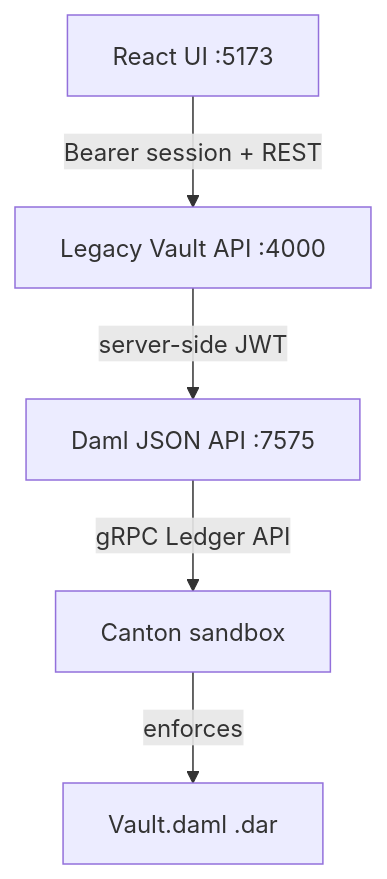
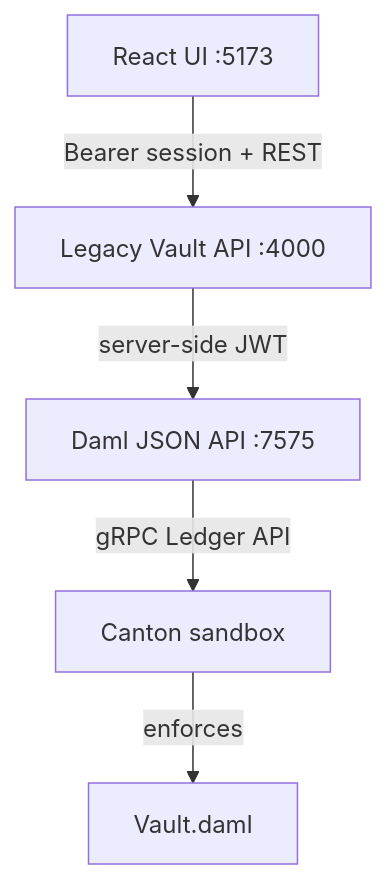
One commit to kylabuildsthings-oss/legacy-vault changed the first of 2 diagrams in README.md. Above: the diagram before and after it, drawn with Mermaid. The commit also changed other lines of this file and 1 other file, not shown here.

First line of the commit message:
Document Seaport DevNet architecture for judges.

````diff
--- a/README.md
+++ b/README.md
@@ -29,13 +36,13 @@
 ```mermaid
 flowchart TB
   UI["React UI :5173"]
   API["Legacy Vault API :4000"]
   JSON["Daml JSON API :7575"]
   Canton["Canton sandbox"]
-  Daml["Vault.daml .dar"]
+  Daml["Vault.daml"]
 
   UI -->|"Bearer session + REST"| API
   API -->|"server-side JWT"| JSON
   JSON -->|"gRPC Ledger API"| Canton
   Canton -->|"enforces"| Daml
 ```
````
